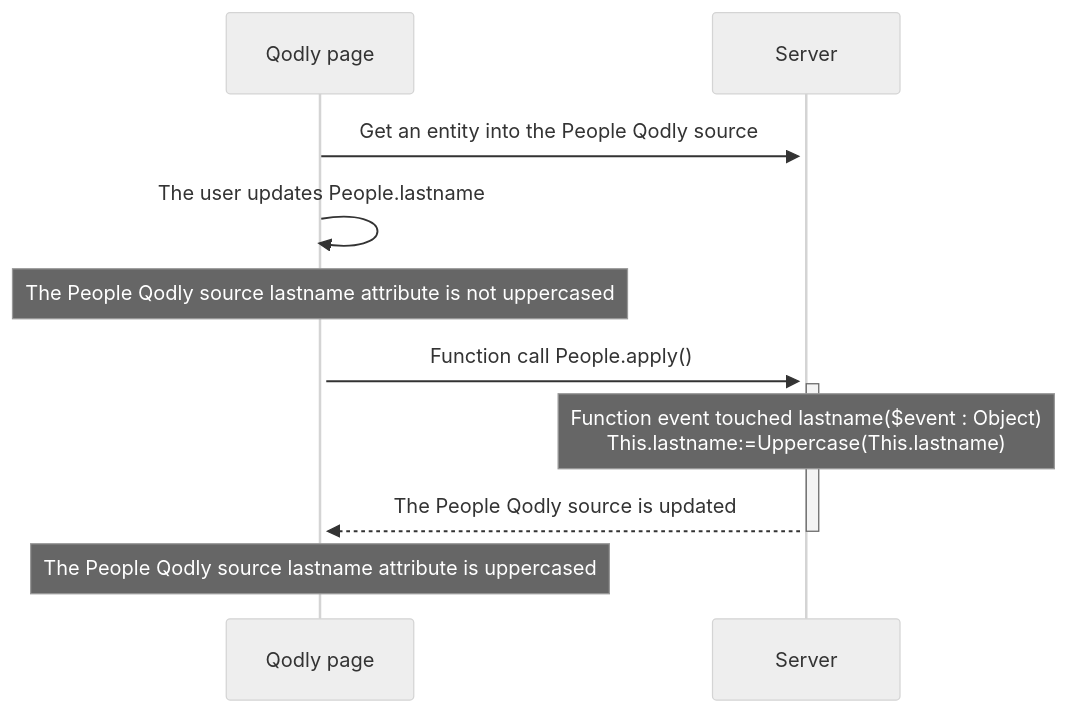
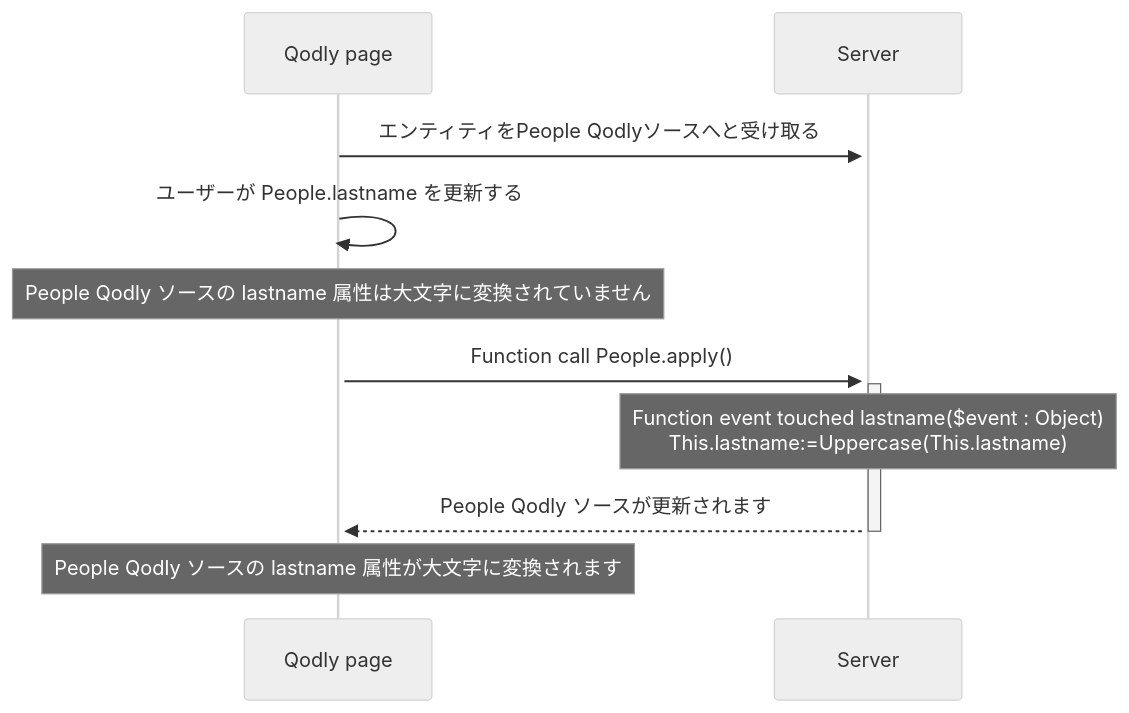
Before and after one commit to 4d/docs: the third of 3 diagrams in i18n/ja/docusaurus-plugin-content-docs/current/ORDA/orda-events.md, drawn with Mermaid (neutral theme). The commit also changed other lines of this file and 731 other files, not shown here.

````diff
--- a/i18n/ja/docusaurus-plugin-content-docs/current/ORDA/orda-events.md
+++ b/i18n/ja/docusaurus-plugin-content-docs/current/ORDA/orda-events.md
@@ -297,19 +296,19 @@
 ```mermaid
 
 sequenceDiagram
 
-Qodly page->>+ Server: Get an entity into the People Qodly source
+Qodly page->>+ Server: エンティティをPeople Qodlyソースへと受け取る
 
-Qodly page->>+Qodly page: The user updates People.lastname
+Qodly page->>+Qodly page: ユーザーが People.lastname を更新する
 
-Note over Qodly page: The People Qodly source lastname attribute is not uppercased
+Note over Qodly page: People Qodly ソースの lastname 属性は大文字に変換されていません
 
 Qodly page->>+ Server: Function call People.apply()
 
 Note over Server: Function event touched lastname($event : Object) <br> This.lastname:=Uppercase(This.lastname)
 
-Server-->>-Qodly page: The People Qodly source is updated
-Note over Qodly page: The People Qodly source lastname attribute is uppercased
+Server-->>-Qodly page: People Qodly ソースが更新されます
+Note over Qodly page: People Qodly ソースの lastname 属性が大文字に変換されます
 
 
 ```
````
